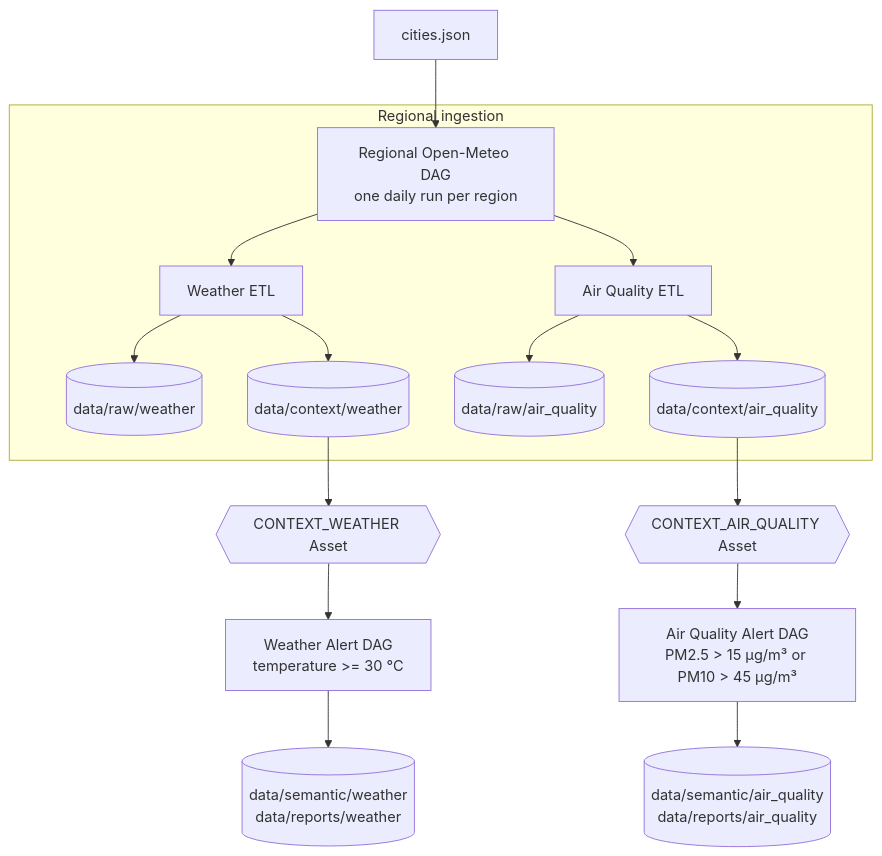
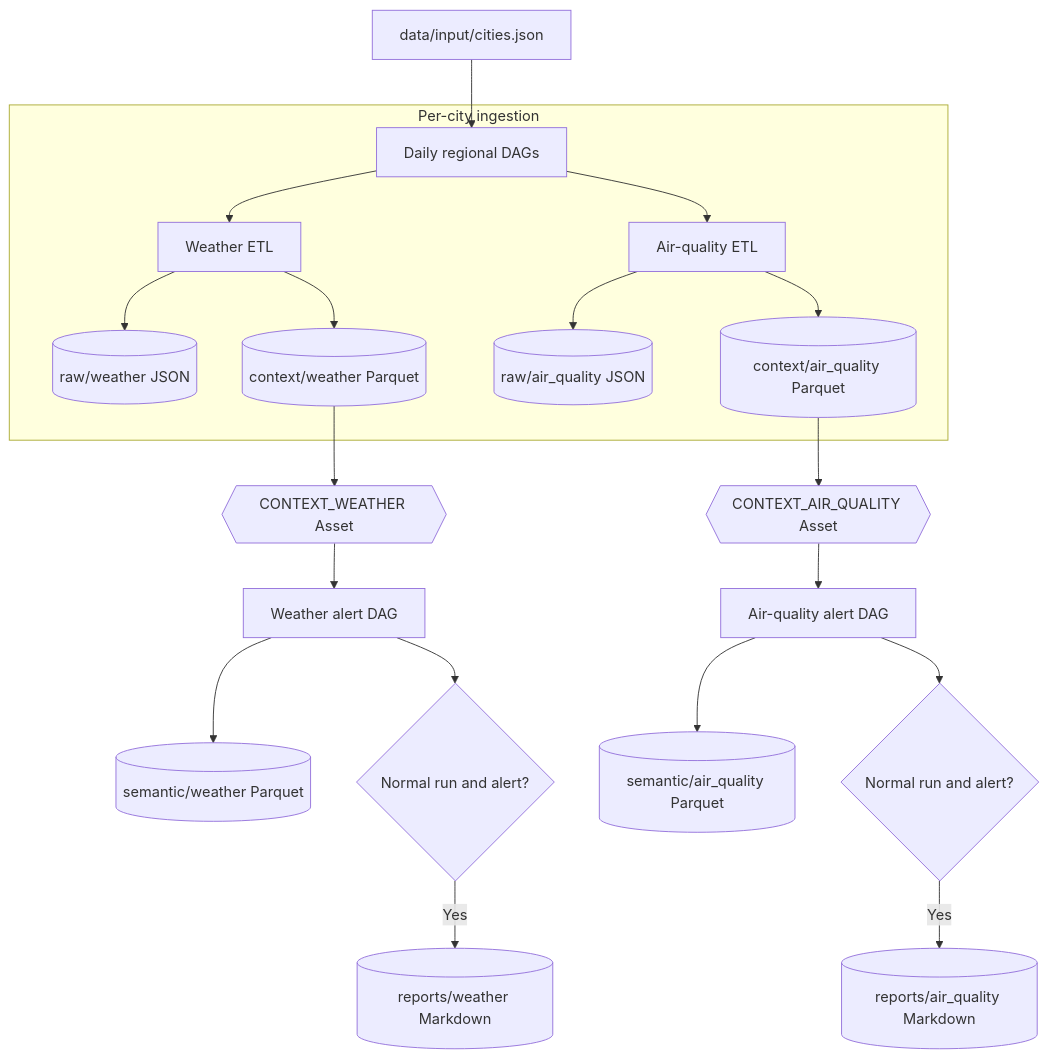
The diagram in README.md (MBrugnaroto/openmeteo-weather-air-quality), drawn with Mermaid before and after one commit. The commit also changed other lines of this file and 4 other files, not shown here.

````diff
--- a/README.md
+++ b/README.md
@@ -14,23 +29,22 @@
 ```mermaid
 flowchart TD
-    CITIES["cities.json"]
-    CITIES --> REGION["Regional Open-Meteo DAG<br/>one daily run per region"]
-
-    subgraph INGESTION["Regional ingestion"]
+    CITIES["data/input/cities.json"] --> REGION["Daily regional DAGs"]
+    subgraph INGESTION["Per-city ingestion"]
         REGION --> WEATHER["Weather ETL"]
-        REGION --> AIR["Air Quality ETL"]
-        WEATHER --> RAW_WEATHER[("data/raw/weather")]
-        WEATHER --> CONTEXT_WEATHER[("data/context/weather")]
-        AIR --> RAW_AIR[("data/raw/air_quality")]
-        AIR --> CONTEXT_AIR[("data/context/air_quality")]
+        REGION --> AIR["Air-quality ETL"]
+        WEATHER --> RAW_WEATHER[("raw/weather JSON")]
+        WEATHER --> CONTEXT_WEATHER[("context/weather Parquet")]
+        AIR --> RAW_AIR[("raw/air_quality JSON")]
+        AIR --> CONTEXT_AIR[("context/air_quality Parquet")]
     end
-
-    CONTEXT_WEATHER --> WEATHER_ASSET{{"CONTEXT_WEATHER Asset"}}
-    CONTEXT_AIR --> AIR_ASSET{{"CONTEXT_AIR_QUALITY Asset"}}
-
-    WEATHER_ASSET --> WEATHER_ALERT["Weather Alert DAG<br/>temperature >= 30 °C"]
-    AIR_ASSET --> AIR_ALERT["Air Quality Alert DAG<br/>PM2.5 > 15 µg/m³ or PM10 > 45 µg/m³"]
-
-    WEATHER_ALERT --> WEATHER_OUTPUT[("data/semantic/weather<br/>data/reports/weather")]
-    AIR_ALERT --> AIR_OUTPUT[("data/semantic/air_quality<br/>data/reports/air_quality")]
+    CONTEXT_WEATHER --> ASSET_WEATHER{{"CONTEXT_WEATHER Asset"}}
+    CONTEXT_AIR --> ASSET_AIR{{"CONTEXT_AIR_QUALITY Asset"}}
+    ASSET_WEATHER --> WEATHER_ALERT["Weather alert DAG"]
+    ASSET_AIR --> AIR_ALERT["Air-quality alert DAG"]
+    WEATHER_ALERT --> SEMANTIC_WEATHER[("semantic/weather Parquet")]
+    AIR_ALERT --> SEMANTIC_AIR[("semantic/air_quality Parquet")]
+    WEATHER_ALERT --> WEATHER_GATE{"Normal run and alert?"}
+    AIR_ALERT --> AIR_GATE{"Normal run and alert?"}
+    WEATHER_GATE -->|Yes| WEATHER_REPORT[("reports/weather Markdown")]
+    AIR_GATE -->|Yes| AIR_REPORT[("reports/air_quality Markdown")]
 ```
````
